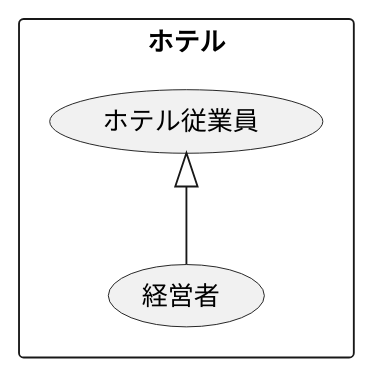
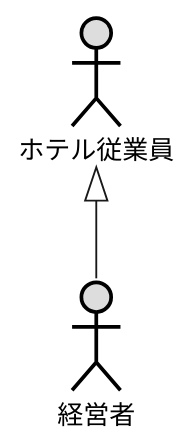
Before and after one commit to minowa-s/uml-intro: the diagram in 演習/演習2-2_ホテル従業員.pu, drawn with PlantUML. The commit also changed 3 other files, not shown here.

```diff
--- a/演習/演習2-2_ホテル従業員.pu
+++ b/演習/演習2-2_ホテル従業員.pu
@@ -1,9 +1,7 @@
 @startuml ユースケース図
     ' left to righit direction
-    rectangle ホテル{
-        usecase ホテル従業員
-        usecase 経営者
-       
-    }
+    actor 経営者 #DDDDDD;line:black;line.bold;
+actor ホテル従業員#DDDDDD;line:black;line.bold;
+
      ホテル従業員 <|-- 経営者
      @enduml
```
